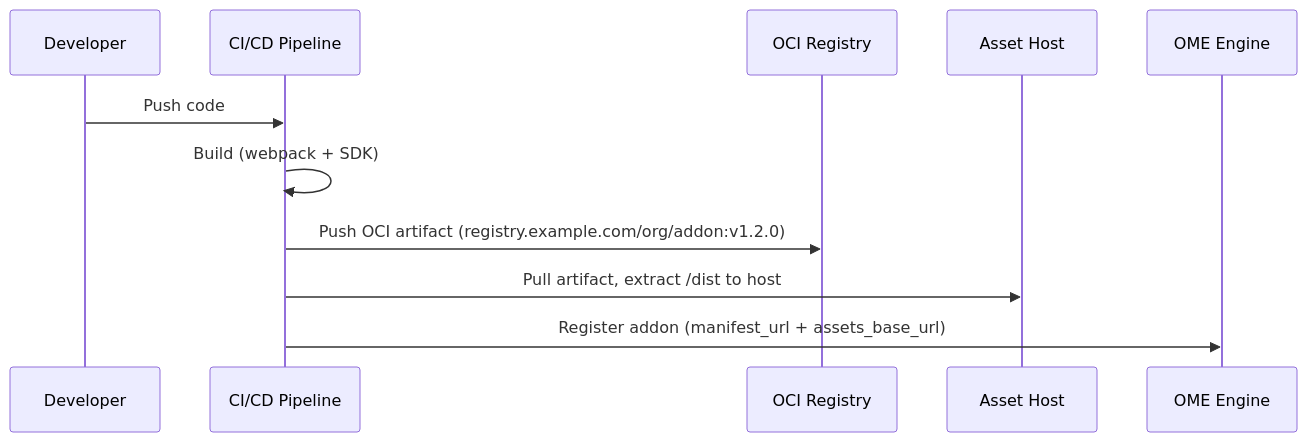
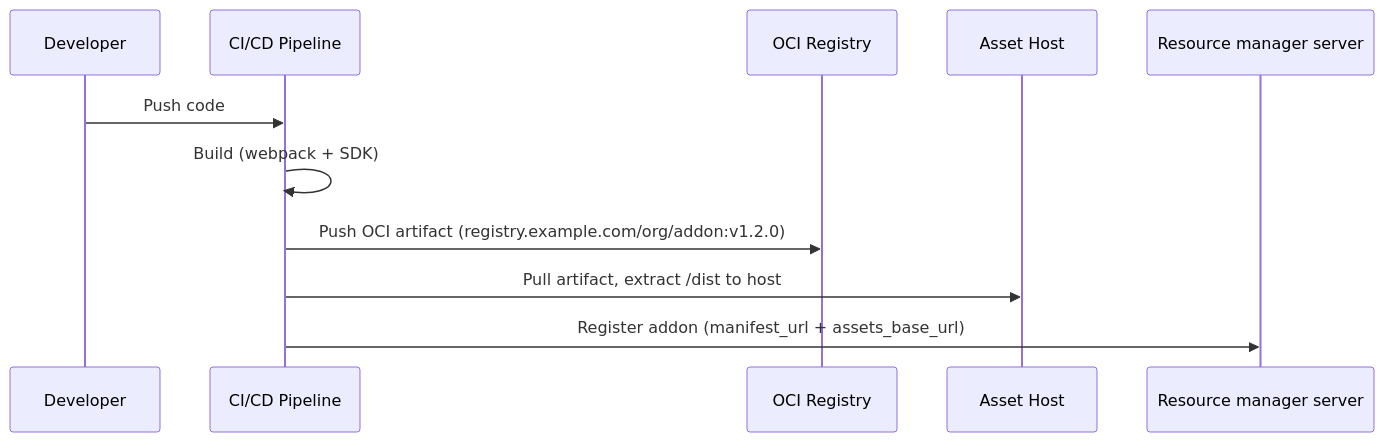
The fifth of 11 diagrams in docs/design/addon-ui-architecture.md (fleetshift/fleetshift-poc), drawn with Mermaid before and after one commit. The commit also changed other lines of this file and 1079 other files, not shown here.

````diff
--- a/docs/design/addon-ui-architecture.md
+++ b/docs/design/addon-ui-architecture.md
@@ -397,14 +400,14 @@
 ```mermaid
 sequenceDiagram
     participant Dev as Developer
     participant CI as CI/CD Pipeline
     participant Registry as OCI Registry
     participant Host as Asset Host
-    participant Engine as OME Engine
+    participant RM as Resource manager server
 
     Dev->>CI: Push code
     CI->>CI: Build (webpack + SDK)
     CI->>Registry: Push OCI artifact (registry.example.com/org/addon:v1.2.0)
     CI->>Host: Pull artifact, extract /dist to host
-    CI->>Engine: Register addon (manifest_url + assets_base_url)
+    CI->>RM: Register addon (manifest_url + assets_base_url)
 ```
````
